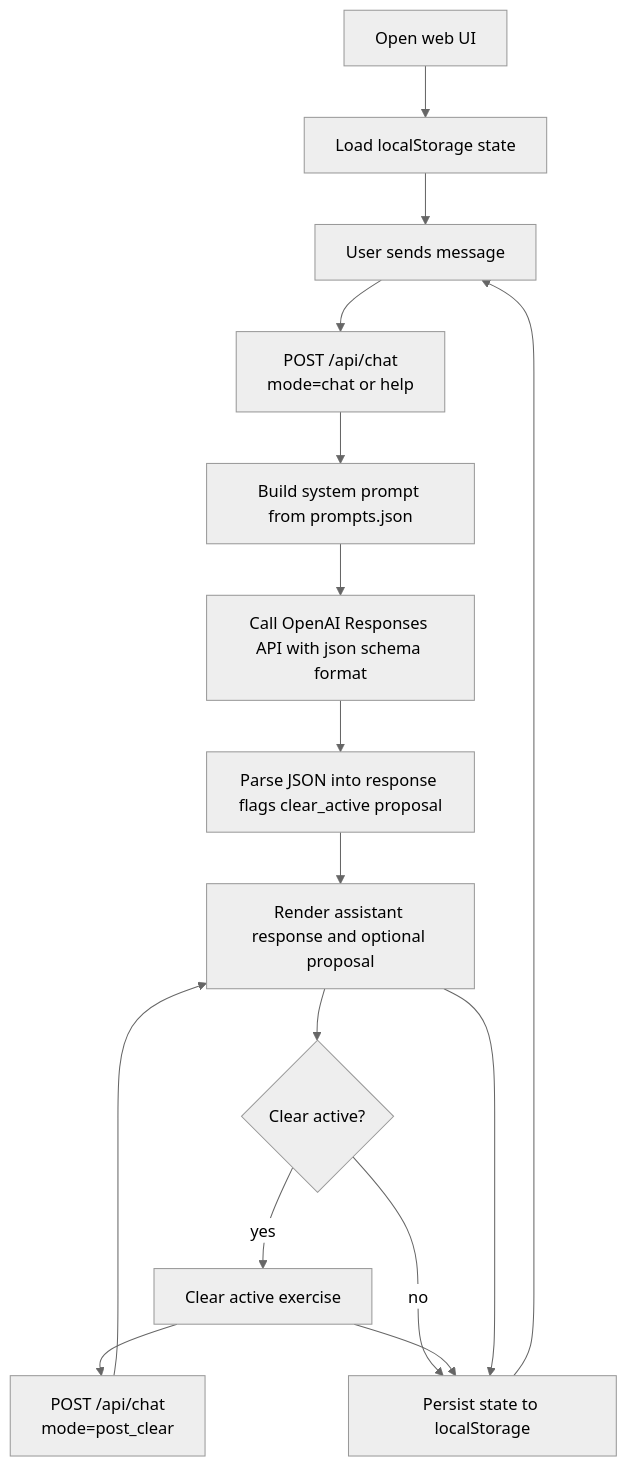
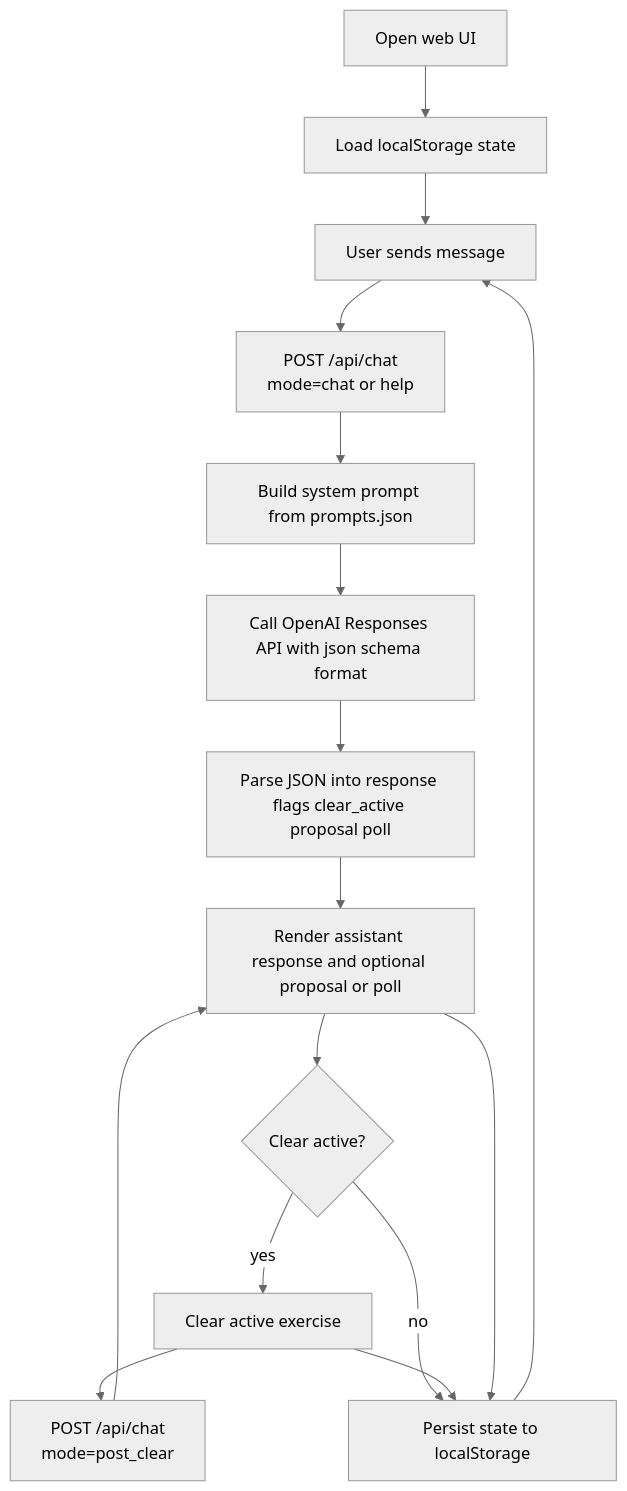
The first of 2 diagrams in README.md (PatrickJYKang/language), drawn with Mermaid (neutral theme) before and after one commit. The commit also changed other lines of this file and 4 other files, not shown here.

````diff
--- a/README.md
+++ b/README.md
@@ -102,18 +122,18 @@
 ```mermaid
 flowchart TD
   A[Open web UI] --> B[Load localStorage state]
   B --> C[User sends message]
   C --> D[POST /api/chat<br/>mode=chat or help]
   D --> E[Build system prompt from prompts.json]
   E --> F[Call OpenAI Responses API with json schema format]
-  F --> G[Parse JSON into response flags clear_active proposal]
-  G --> H[Render assistant response and optional proposal]
+  F --> G[Parse JSON into response flags clear_active proposal poll]
+  G --> H[Render assistant response and optional proposal or poll]
   H --> I{Clear active?}
   I -->|yes| J[Clear active exercise]
   J --> K[POST /api/chat<br/>mode=post_clear]
   K --> H
   I -->|no| L[Persist state to localStorage]
   J --> L
   H --> L
   L --> C
 ```
````
